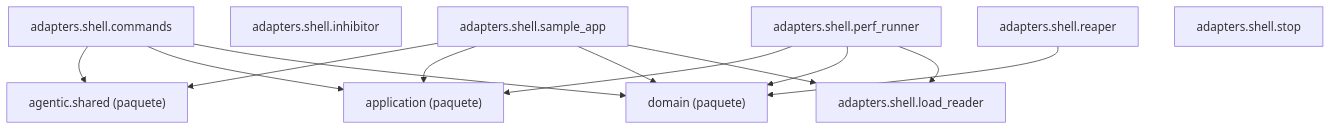
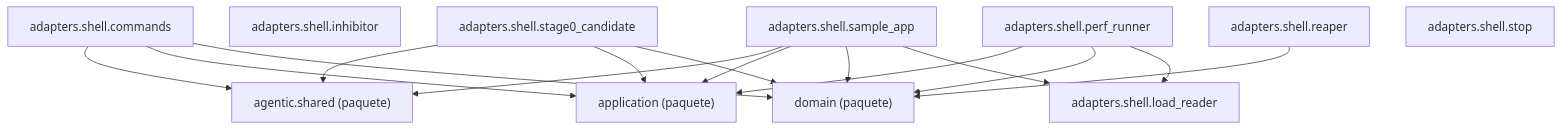
The diagram in docs/architecture/generated/packages-process-adapters-shell.md (GonzaloZevallos/agentic-system), drawn with Mermaid before and after one commit. The commit also changed 8 other files, not shown here.

Commit message:
Regenerate the architecture and CLI reference pages

````diff
--- a/docs/architecture/generated/packages-process-adapters-shell.md
+++ b/docs/architecture/generated/packages-process-adapters-shell.md
@@ -14,24 +14,28 @@
 ```mermaid
 graph TD
     g_pkg__agentic__shared["agentic.shared (paquete)"]
     g_pkg__application["application (paquete)"]
     g_pkg__domain["domain (paquete)"]
     m_adapters__shell__commands["adapters.shell.commands"]
     m_adapters__shell__inhibitor["adapters.shell.inhibitor"]
     m_adapters__shell__load_reader["adapters.shell.load_reader"]
     m_adapters__shell__perf_runner["adapters.shell.perf_runner"]
     m_adapters__shell__reaper["adapters.shell.reaper"]
     m_adapters__shell__sample_app["adapters.shell.sample_app"]
+    m_adapters__shell__stage0_candidate["adapters.shell.stage0_candidate"]
     m_adapters__shell__stop["adapters.shell.stop"]
     m_adapters__shell__commands --> g_pkg__agentic__shared
     m_adapters__shell__commands --> g_pkg__application
     m_adapters__shell__commands --> g_pkg__domain
     m_adapters__shell__perf_runner --> g_pkg__application
     m_adapters__shell__perf_runner --> g_pkg__domain
     m_adapters__shell__perf_runner --> m_adapters__shell__load_reader
     m_adapters__shell__reaper --> g_pkg__domain
     m_adapters__shell__sample_app --> g_pkg__agentic__shared
     m_adapters__shell__sample_app --> g_pkg__application
     m_adapters__shell__sample_app --> g_pkg__domain
     m_adapters__shell__sample_app --> m_adapters__shell__load_reader
+    m_adapters__shell__stage0_candidate --> g_pkg__agentic__shared
+    m_adapters__shell__stage0_candidate --> g_pkg__application
+    m_adapters__shell__stage0_candidate --> g_pkg__domain
 ```
````
